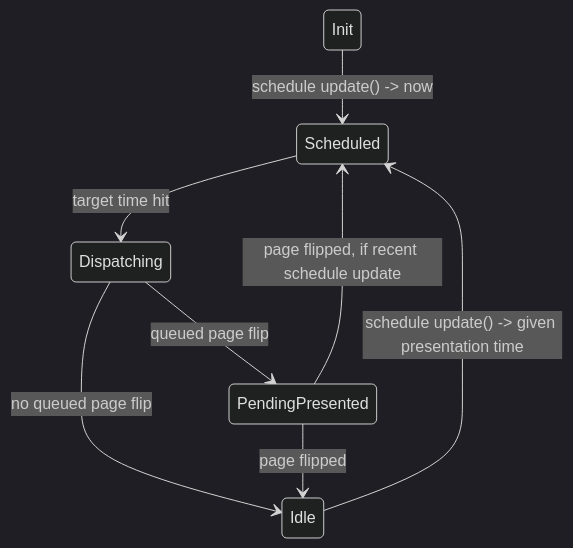
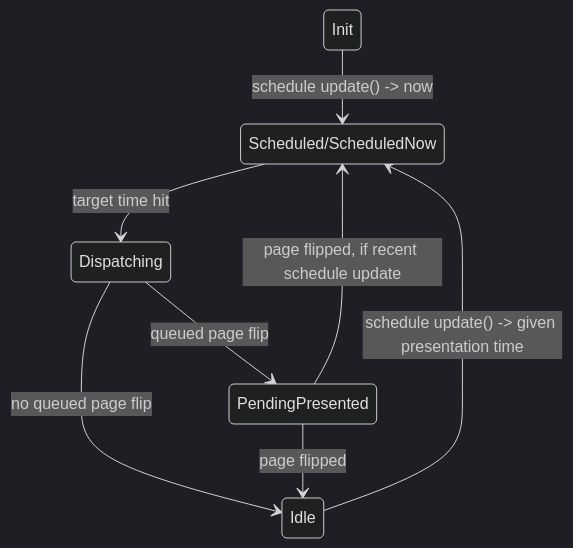
The diagram in doc/clutter-frame-scheduling.md (GNOME/mutter), drawn with Mermaid (dark theme) before and after one commit. The commit also changed 1 other file, not shown here.

Commit message:
clutter/frame-clock: Add a state for when scheduled "now"
The new CLUTTER_FRAME_CLOCK_STATE_SCHEDULED_NOW state is almost
identical to CLUTTER_FRAME_CLOCK_STATE_SCHEDULED, with one important
difference being that it avoids updates from being repeatedly
rescheduled "now" when multiple calls to
clutter_frame_clock_schedule_update_now() are done before the source
is actually dispatched.

Such repeated calls to schedule an update "now" may actually postpone
the dispatch if the CPU is very busy and the source dispatch is
delayed, defeating the purpose of scheduling a frame "now".

It also allows rescheduling "now" when the frame clock is uninhibited
after being inhibited while an update was scheduled "now". This may
be important in cases where the frame clock is inhibited for very
short periods in which it would otherwise lose the state of being
scheduled "now".

Scenarios such as this would become more common with the introduction
of variable refresh rate since it makes scheduling "now" a commonplace
occurrence.

Part-of: <https://gitlab.gnome.org/GNOME/mutter/-/merge_requests/3561>

````diff
--- a/doc/clutter-frame-scheduling.md
+++ b/doc/clutter-frame-scheduling.md
@@ -5,10 +5,10 @@
 ```mermaid
 stateDiagram
-    Init --> Scheduled : schedule update() -> now
-    Idle --> Scheduled : schedule update() -> given presentation time
-    Scheduled --> Dispatching : target time hit
+    Init --> Scheduled/ScheduledNow : schedule update() -> now
+    Idle --> Scheduled/ScheduledNow : schedule update() -> given presentation time
+    Scheduled/ScheduledNow --> Dispatching : target time hit
     Dispatching --> PendingPresented : queued page flip
     Dispatching --> Idle : no queued page flip
-    PendingPresented --> Scheduled : page flipped, if recent schedule update
+    PendingPresented --> Scheduled/ScheduledNow : page flipped, if recent schedule update
     PendingPresented --> Idle : page flipped
 ```
````
